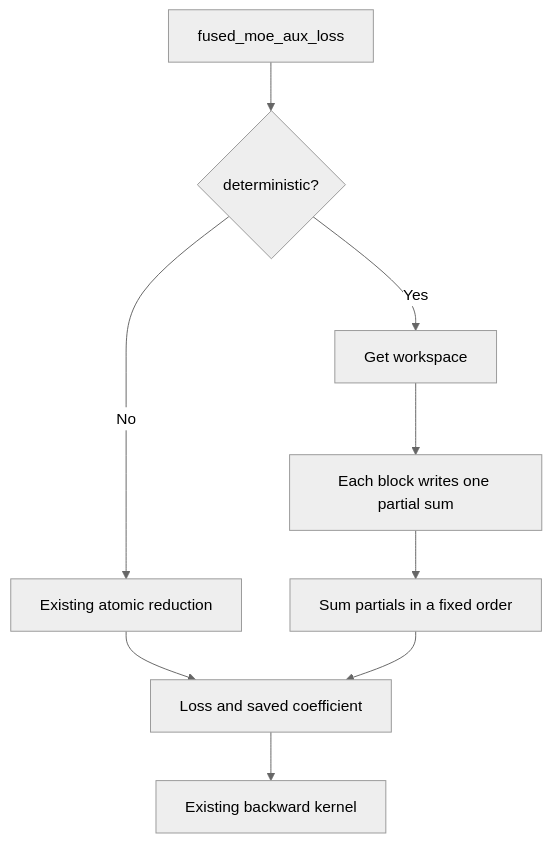
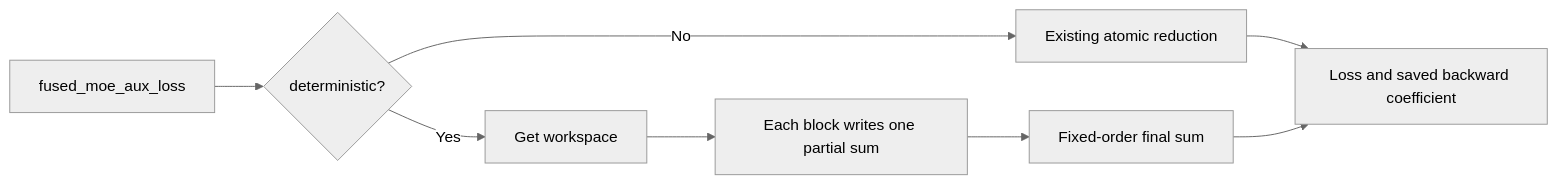
Before and after one commit to yuguo-Jack/HCU-TrainFlow: the diagram in knowledge/projects/transformer-engine/knowledgebase/upstream/prs/NVIDIA--TransformerEngine/PR-3587.md, drawn with Mermaid. The commit also changed other lines of this file and 42044 other files, not shown here.

````diff
--- a/knowledge/projects/transformer-engine/knowledgebase/upstream/prs/NVIDIA--TransformerEngine/PR-3587.md
+++ b/knowledge/projects/transformer-engine/knowledgebase/upstream/prs/NVIDIA--TransformerEngine/PR-3587.md
@@ -95,12 +105,11 @@
 ```mermaid
 %%{init: {'theme': 'neutral'}}%%
-flowchart TD
-  A["fused_moe_aux_loss"] --> B{"deterministic?"}
-  B -->|No| C["Existing atomic reduction"]
-  B -->|Yes| D["Get workspace"]
-  D --> E["Each block writes one partial sum"]
-  E --> F["Sum partials in a fixed order"]
-  C --> G["Loss and saved coefficient"]
+flowchart LR
+  A[fused_moe_aux_loss] --> B{deterministic?}
+  B -->|No| C[Existing atomic reduction]
+  B -->|Yes| D[Get workspace]
+  D --> E[Each block writes one partial sum]
+  E --> F[Fixed-order final sum]
+  C --> G[Loss and saved backward coefficient]
   F --> G
-  G --> H["Existing backward kernel"]
 ```
````
